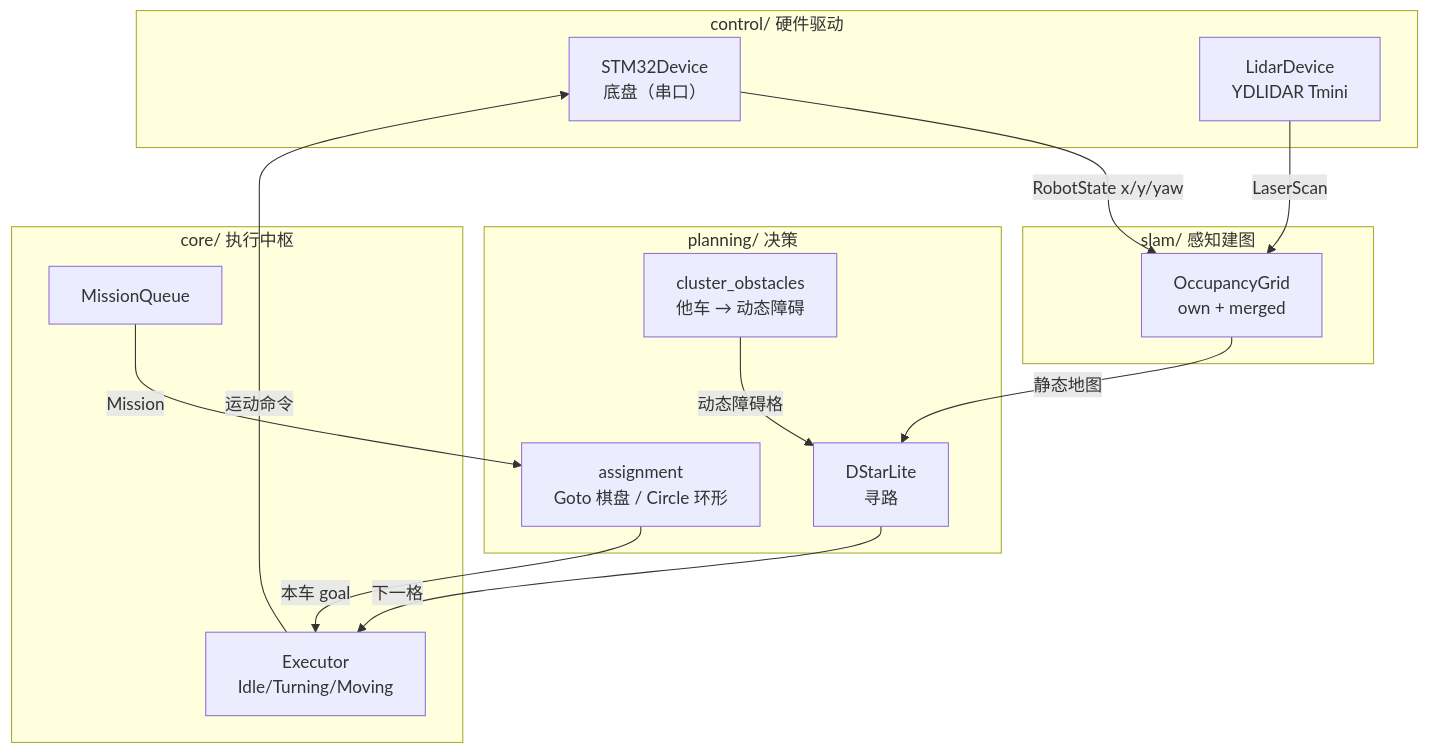
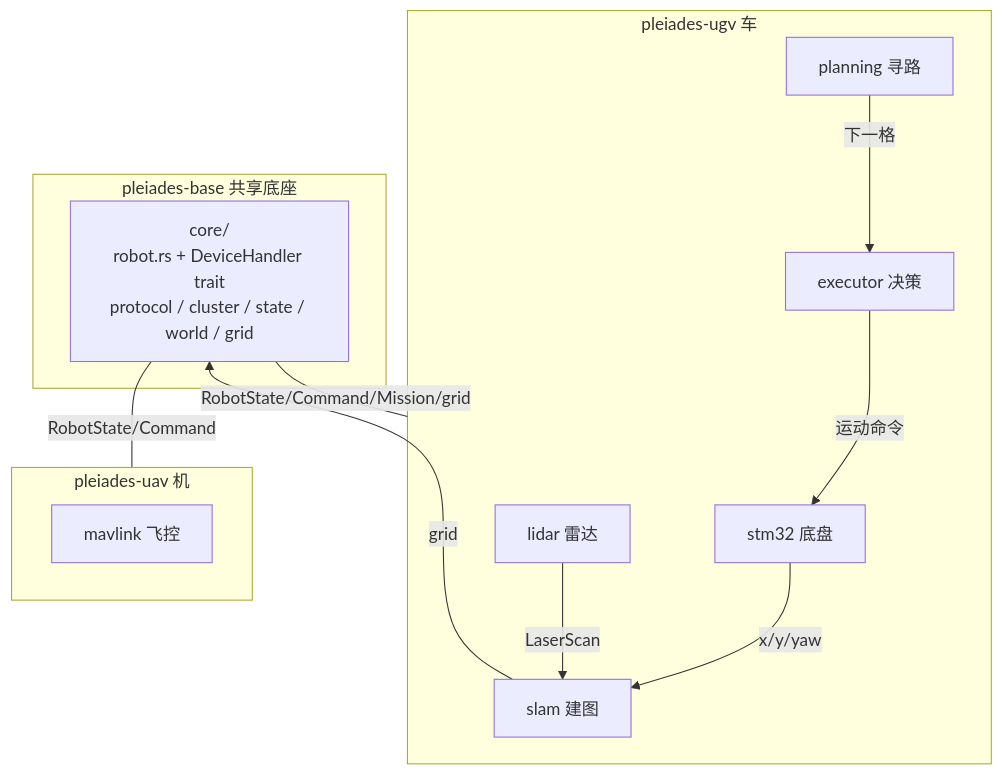
Before and after one commit to LYK-ce/Pleiades: the second of 6 diagrams in Architecture/robot_arch.md, drawn with Mermaid. The commit also changed other lines of this file, not shown here.

Commit message:
docs(architecture): robot_arch.md 更新为 Task 23 C1-C5 后的四 crate 结构

````diff
--- a/Architecture/robot_arch.md
+++ b/Architecture/robot_arch.md
@@ -51,27 +108,23 @@
 ```mermaid
 flowchart TB
-    subgraph HW["control/ 硬件驱动"]
-        STM32["STM32Device<br/>底盘（串口）"]
-        LIDAR["LidarDevice<br/>YDLIDAR Tmini"]
+    subgraph BASE["pleiades-base 共享底座"]
+        CORE["core/<br/>robot.rs + DeviceHandler trait<br/>protocol / cluster / state / world / grid"]
     end
-    subgraph SLAM["slam/ 感知建图"]
-        GRID["OccupancyGrid<br/>own + merged"]
+    subgraph UGV["pleiades-ugv 车"]
+        STM32["stm32 底盘"]
+        LIDAR["lidar 雷达"]
+        SLAM["slam 建图"]
+        PLAN["planning 寻路"]
+        EXEC["executor 决策"]
     end
-    subgraph PLAN["planning/ 决策"]
-        ASSIGN["assignment<br/>Goto 棋盘 / Circle 环形"]
-        PF["DStarLite<br/>寻路"]
-        DYNOBS["cluster_obstacles<br/>他车 → 动态障碍"]
+    subgraph UAV["pleiades-uav 机"]
+        MAV["mavlink 飞控"]
     end
-    subgraph CORE["core/ 执行中枢"]
-        MQ["MissionQueue"]
-        EXEC["Executor<br/>Idle/Turning/Moving"]
-    end
-    STM32 -->|"RobotState x/y/yaw"| GRID
-    LIDAR -->|"LaserScan"| GRID
-    MQ -->|"Mission"| ASSIGN
-    ASSIGN -->|"本车 goal"| EXEC
-    GRID -->|"静态地图"| PF
-    DYNOBS -->|"动态障碍格"| PF
-    PF -->|"下一格"| EXEC
+    CORE ---|"RobotState/Command/Mission/grid"| UGV
+    CORE ---|"RobotState/Command"| UAV
+    STM32 -->|"x/y/yaw"| SLAM
+    LIDAR -->|"LaserScan"| SLAM
+    SLAM -->|"grid"| CORE
+    PLAN -->|"下一格"| EXEC
     EXEC -->|"运动命令"| STM32
 ```
````
